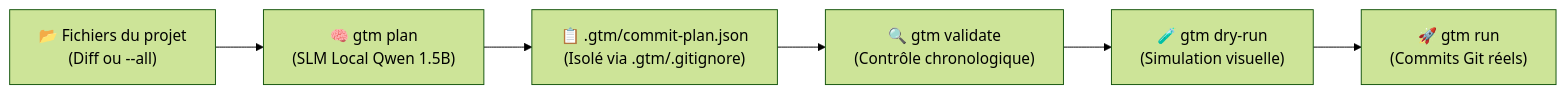
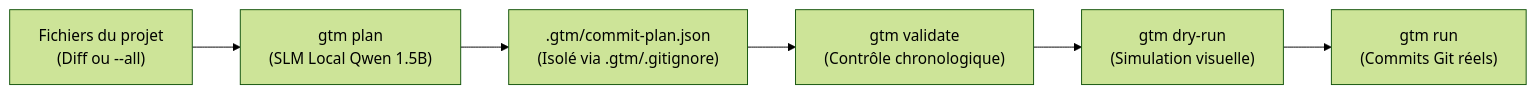
The diagram in README.md (emerytossavi/Git_Tasks-Time_Machine), drawn with Mermaid (forest theme) before and after one commit. The commit also changed other lines of this file, not shown here.

````diff
--- a/README.md
+++ b/README.md
@@ -53,8 +68,8 @@
 ```mermaid
 flowchart LR
-    A["📂 Fichiers du projet\n(Diff ou --all)"] --> B["🧠 gtm plan\n(SLM Local Qwen 1.5B)"]
-    B --> C["📋 .gtm/commit-plan.json\n(Isolé via .gtm/.gitignore)"]
-    C --> D["🔍 gtm validate\n(Contrôle chronologique)"]
-    D --> E["🧪 gtm dry-run\n(Simulation visuelle)"]
-    E --> F["🚀 gtm run\n(Commits Git réels)"]
+    A["Fichiers du projet\n(Diff ou --all)"] --> B["gtm plan\n(SLM Local Qwen 1.5B)"]
+    B --> C[".gtm/commit-plan.json\n(Isolé via .gtm/.gitignore)"]
+    C --> D["gtm validate\n(Contrôle chronologique)"]
+    D --> E["gtm dry-run\n(Simulation visuelle)"]
+    E --> F["gtm run\n(Commits Git réels)"]
 ```
````
